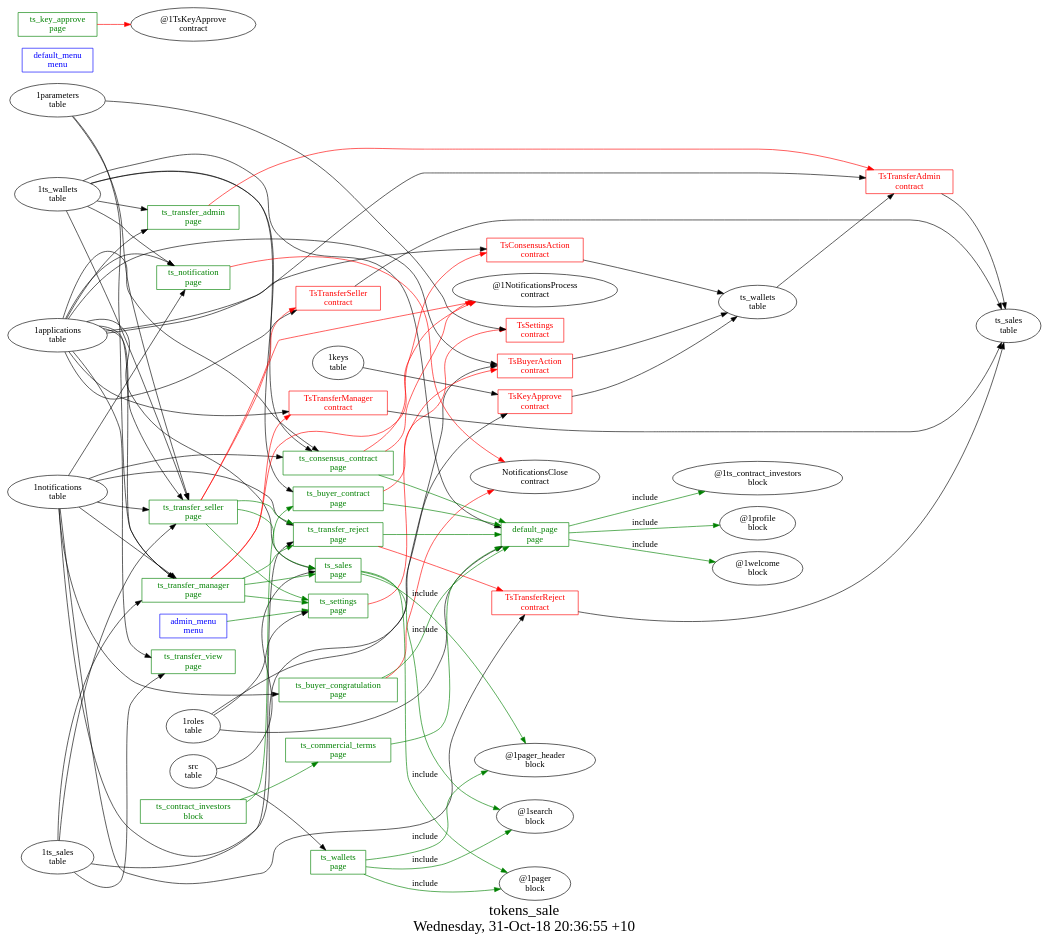
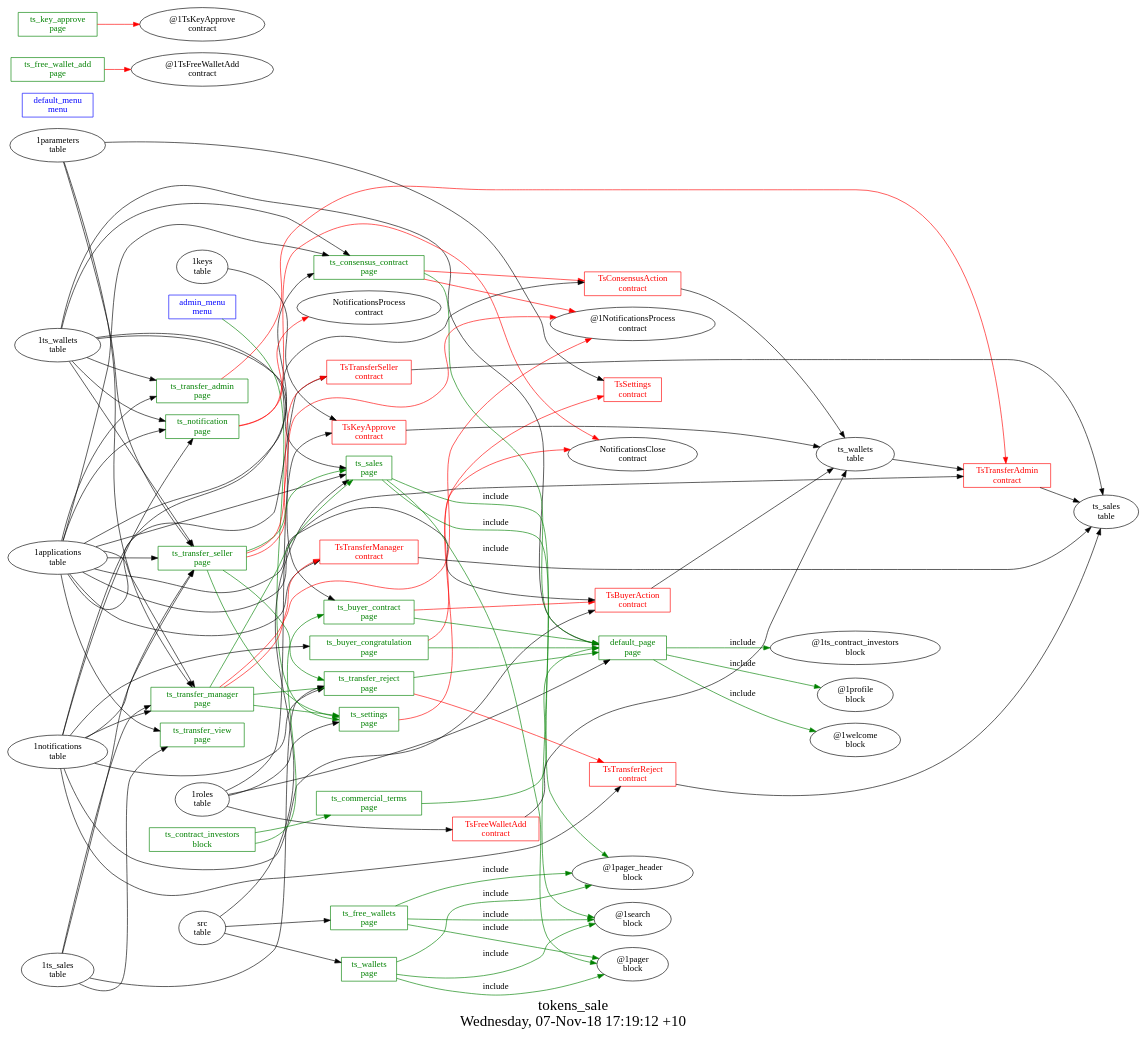
One commit to AplaProject/apps changed the diagram in other/tokens_sale/struct.dot. Above: the diagram before and after it, drawn with Graphviz. The commit also changed 20 other files, not shown here.

```diff
--- a/other/tokens_sale/struct.dot
+++ b/other/tokens_sale/struct.dot
@@ -1,119 +1,131 @@
 digraph G {
 fontsize="24";
-label="tokens_sale\nWednesday, 31-Oct-18 20:36:55 +10";
+label="tokens_sale\nWednesday, 07-Nov-18 17:19:12 +10";
 nojustify=true;
 ordering=out;
 rankdir=LR;
 size="30";
 "admin_menu\nmenu" -> "ts_settings\npage"  [ color=green ]
 "admin_menu\nmenu" [color=blue, fontcolor=blue, group=menus, shape=record];
 "default_menu\nmenu" [color=blue, fontcolor=blue, group=menus, shape=record];
 "1ts_wallets\ntable" -> "default_page\npage"
 "1roles\ntable" -> "default_page\npage"
 "default_page\npage" -> "@1ts_contract_investors\nblock"  [ color=green, label=include ]
 "default_page\npage" -> "@1profile\nblock"  [ color=green, label=include ]
 "default_page\npage" -> "@1welcome\nblock"  [ color=green, label=include ]
 "default_page\npage" [color=green, fontcolor=green, group=pages, shape=record];
 "ts_buyer_congratulation\npage" -> "NotificationsClose\ncontract"  [ color=red ]
 "1notifications\ntable" -> "ts_buyer_congratulation\npage"
 "ts_buyer_congratulation\npage" -> "default_page\npage"  [ color=green ]
 "ts_buyer_congratulation\npage" [color=green, fontcolor=green, group=pages, shape=record];
 "ts_buyer_contract\npage" -> "TsBuyerAction\ncontract"  [ color=red ]
 "1ts_wallets\ntable" -> "ts_buyer_contract\npage"
 "ts_buyer_contract\npage" -> "default_page\npage"  [ color=green ]
 "ts_buyer_contract\npage" [color=green, fontcolor=green, group=pages, shape=record];
 "ts_commercial_terms\npage" -> "default_page\npage"  [ color=green ]
 "ts_commercial_terms\npage" [color=green, fontcolor=green, group=pages, shape=record];
 "ts_consensus_contract\npage" -> "TsConsensusAction\ncontract"  [ color=red ]
 "ts_consensus_contract\npage" -> "@1NotificationsProcess\ncontract"  [ color=red ]
 "1applications\ntable" -> "ts_consensus_contract\npage"
 "1notifications\ntable" -> "ts_consensus_contract\npage"
 "1ts_wallets\ntable" -> "ts_consensus_contract\npage"
 "ts_consensus_contract\npage" -> "default_page\npage"  [ color=green ]
 "ts_consensus_contract\npage" [color=green, fontcolor=green, group=pages, shape=record];
+"ts_free_wallet_add\npage" -> "@1TsFreeWalletAdd\ncontract"  [ color=red ]
+"ts_free_wallet_add\npage" [color=green, fontcolor=green, group=pages, shape=record];
+"src\ntable" -> "ts_free_wallets\npage"
+"ts_free_wallets\npage" -> "@1pager_header\nblock"  [ color=green, label=include ]
+"ts_free_wallets\npage" -> "@1search\nblock"  [ color=green, label=include ]
+"ts_free_wallets\npage" -> "@1pager\nblock"  [ color=green, label=include ]
+"ts_free_wallets\npage" [color=green, fontcolor=green, group=pages, shape=record];
 "ts_key_approve\npage" -> "@1TsKeyApprove\ncontract"  [ color=red ]
 "ts_key_approve\npage" [color=green, fontcolor=green, group=pages, shape=record];
 "ts_notification\npage" -> "NotificationsClose\ncontract"  [ color=red ]
+"ts_notification\npage" -> "NotificationsProcess\ncontract"  [ color=red ]
 "1applications\ntable" -> "ts_notification\npage"
 "1notifications\ntable" -> "ts_notification\npage"
 "1ts_wallets\ntable" -> "ts_notification\npage"
 "ts_notification\npage" [color=green, fontcolor=green, group=pages, shape=record];
 "1applications\ntable" -> "ts_sales\npage"
 "src\ntable" -> "ts_sales\npage"
+"1ts_wallets\ntable" -> "ts_sales\npage"
 "ts_sales\npage" -> "@1pager_header\nblock"  [ color=green, label=include ]
 "ts_sales\npage" -> "@1search\nblock"  [ color=green, label=include ]
 "ts_sales\npage" -> "@1pager\nblock"  [ color=green, label=include ]
 "ts_sales\npage" [color=green, fontcolor=green, group=pages, shape=record];
 "ts_settings\npage" -> "TsSettings\ncontract"  [ color=red ]
 "1roles\ntable" -> "ts_settings\npage"
 "ts_settings\npage" [color=green, fontcolor=green, group=pages, shape=record];
 "ts_transfer_admin\npage" -> "TsTransferAdmin\ncontract"  [ color=red ]
 "1applications\ntable" -> "ts_transfer_admin\npage"
 "1ts_wallets\ntable" -> "ts_transfer_admin\npage"
 "ts_transfer_admin\npage" [color=green, fontcolor=green, group=pages, shape=record];
 "ts_transfer_manager\npage" -> "TsTransferManager\ncontract"  [ color=red ]
 "ts_transfer_manager\npage" -> "@1NotificationsProcess\ncontract"  [ color=red ]
 "1applications\ntable" -> "ts_transfer_manager\npage"
 "1notifications\ntable" -> "ts_transfer_manager\npage"
 "1ts_sales\ntable" -> "ts_transfer_manager\npage"
 "1parameters\ntable" -> "ts_transfer_manager\npage"
 "ts_transfer_manager\npage" -> "ts_transfer_reject\npage"  [ color=green ]
 "ts_transfer_manager\npage" -> "ts_sales\npage"  [ color=green ]
 "ts_transfer_manager\npage" -> "ts_settings\npage"  [ color=green ]
 "ts_transfer_manager\npage" [color=green, fontcolor=green, group=pages, shape=record];
 "ts_transfer_reject\npage" -> "TsTransferReject\ncontract"  [ color=red ]
 "1notifications\ntable" -> "ts_transfer_reject\npage"
 "1ts_sales\ntable" -> "ts_transfer_reject\npage"
 "ts_transfer_reject\npage" -> "default_page\npage"  [ color=green ]
 "ts_transfer_reject\npage" [color=green, fontcolor=green, group=pages, shape=record];
 "ts_transfer_seller\npage" -> "TsTransferSeller\ncontract"  [ color=red ]
 "ts_transfer_seller\npage" -> "@1NotificationsProcess\ncontract"  [ color=red ]
 "1applications\ntable" -> "ts_transfer_seller\npage"
 "1notifications\ntable" -> "ts_transfer_seller\npage"
 "1ts_sales\ntable" -> "ts_transfer_seller\npage"
 "1ts_wallets\ntable" -> "ts_transfer_seller\npage"
 "1parameters\ntable" -> "ts_transfer_seller\npage"
 "ts_transfer_seller\npage" -> "ts_transfer_reject\npage"  [ color=green ]
 "ts_transfer_seller\npage" -> "ts_sales\npage"  [ color=green ]
 "ts_transfer_seller\npage" -> "ts_settings\npage"  [ color=green ]
 "ts_transfer_seller\npage" [color=green, fontcolor=green, group=pages, shape=record];
 "1applications\ntable" -> "ts_transfer_view\npage"
 "1ts_sales\ntable" -> "ts_transfer_view\npage"
 "ts_transfer_view\npage" [color=green, fontcolor=green, group=pages, shape=record];
 "src\ntable" -> "ts_wallets\npage"
 "ts_wallets\npage" -> "@1pager_header\nblock"  [ color=green, label=include ]
 "ts_wallets\npage" -> "@1search\nblock"  [ color=green, label=include ]
 "ts_wallets\npage" -> "@1pager\nblock"  [ color=green, label=include ]
 "ts_wallets\npage" [color=green, fontcolor=green, group=pages, shape=record];
 "ts_contract_investors\nblock" -> "ts_commercial_terms\npage"  [ color=green ]
 "ts_contract_investors\nblock" -> "ts_buyer_contract\npage"  [ color=green ]
 "ts_contract_investors\nblock" [color=green, fontcolor=green, group=blocks, shape=record];
 "TsBuyerAction\ncontract" -> "ts_wallets\ntable"  [ color="" ]
 "1applications\ntable" -> "TsBuyerAction\ncontract"
 "1notifications\ntable" -> "TsBuyerAction\ncontract"
 "TsBuyerAction\ncontract" [color=red, fontcolor=red, group=contracts, shape=record];
 "TsConsensusAction\ncontract" -> "ts_wallets\ntable"  [ color="" ]
 "1applications\ntable" -> "TsConsensusAction\ncontract"
 "TsConsensusAction\ncontract" [color=red, fontcolor=red, group=contracts, shape=record];
+"TsFreeWalletAdd\ncontract" -> "ts_wallets\ntable"  [ color="" ]
+"1roles\ntable" -> "TsFreeWalletAdd\ncontract"
+"TsFreeWalletAdd\ncontract" [color=red, fontcolor=red, group=contracts, shape=record];
 "TsKeyApprove\ncontract" -> "ts_wallets\ntable"  [ color="" ]
 "1keys\ntable" -> "TsKeyApprove\ncontract"
 "1roles\ntable" -> "TsKeyApprove\ncontract"
 "TsKeyApprove\ncontract" [color=red, fontcolor=red, group=contracts, shape=record];
 "1parameters\ntable" -> "TsSettings\ncontract"
 "TsSettings\ncontract" [color=red, fontcolor=red, group=contracts, shape=record];
 "TsTransferAdmin\ncontract" -> "ts_sales\ntable"  [ color="" ]
 "1applications\ntable" -> "TsTransferAdmin\ncontract"
 "ts_wallets\ntable" -> "TsTransferAdmin\ncontract"
 "TsTransferAdmin\ncontract" [color=red, fontcolor=red, group=contracts, shape=record];
 "TsTransferManager\ncontract" -> "ts_sales\ntable"  [ color="" ]
 "1applications\ntable" -> "TsTransferManager\ncontract"
 "TsTransferManager\ncontract" [color=red, fontcolor=red, group=contracts, shape=record];
 "TsTransferReject\ncontract" -> "ts_sales\ntable"  [ color="" ]
 "1notifications\ntable" -> "TsTransferReject\ncontract"
 "TsTransferReject\ncontract" [color=red, fontcolor=red, group=contracts, shape=record];
 "TsTransferSeller\ncontract" -> "ts_sales\ntable"  [ color="" ]
 "1applications\ntable" -> "TsTransferSeller\ncontract"
 "TsTransferSeller\ncontract" [color=red, fontcolor=red, group=contracts, shape=record];
 "ts_sales\ntable" [color="", fontcolor="", group=tables, shape=""];
 "ts_wallets\ntable" [color="", fontcolor="", group=tables, shape=""];
 }
```
